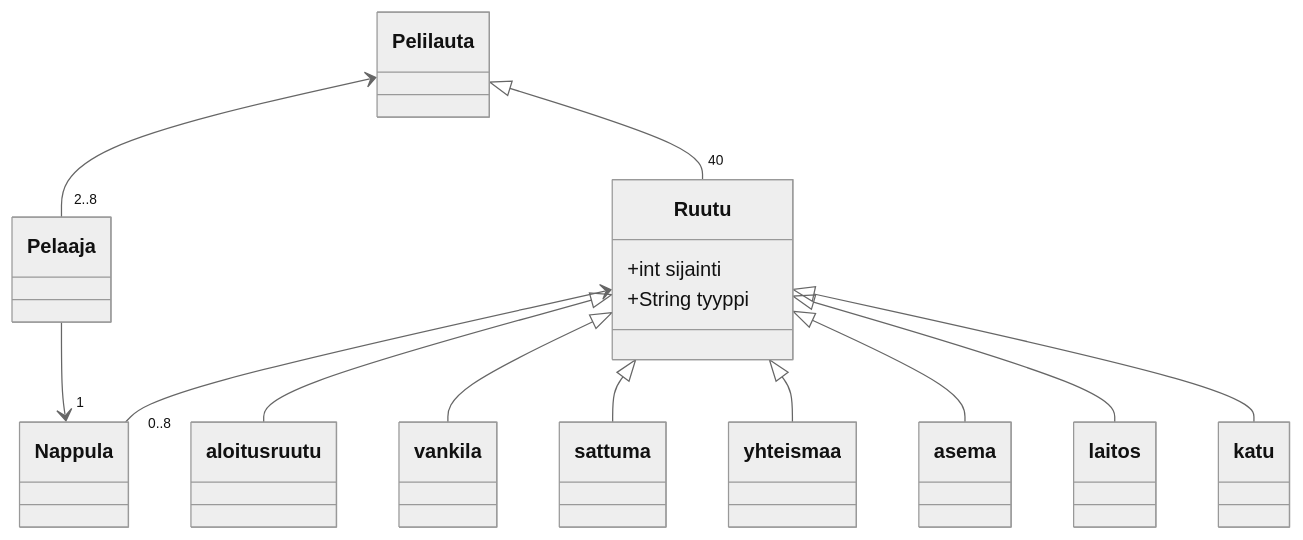
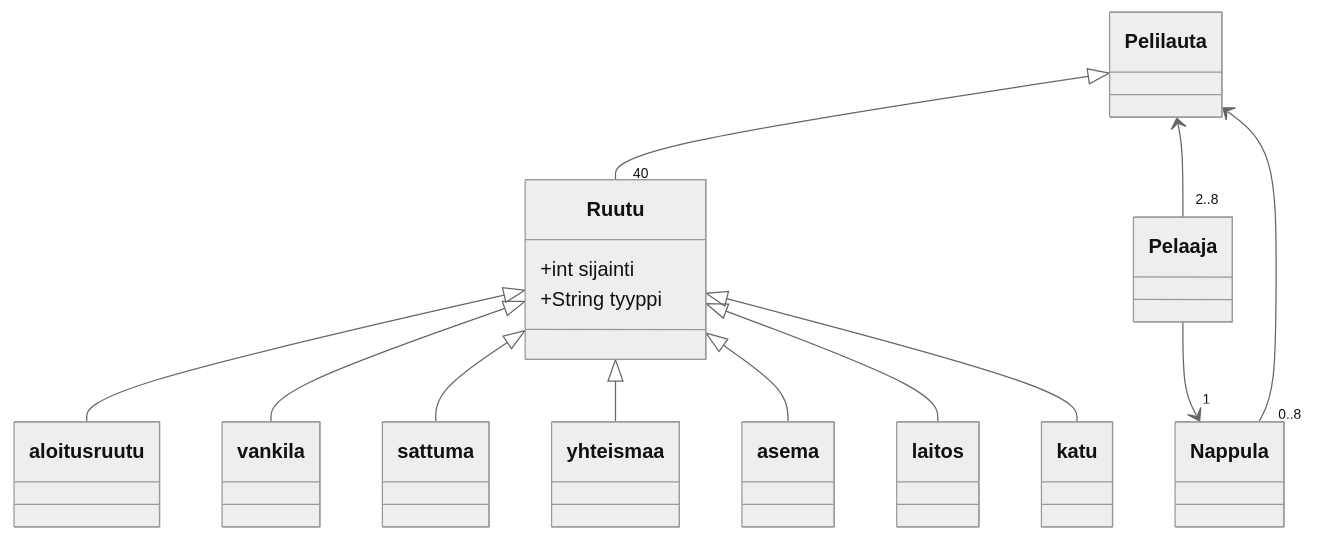
Before and after one commit to tapsamies/ot-harjoitustyo: the diagram in laskarit/viikko3/luokkkakaavio.md, drawn with Mermaid (neutral theme).

````diff
--- a/laskarit/viikko3/luokkkakaavio.md
+++ b/laskarit/viikko3/luokkkakaavio.md
@@ -1,31 +1,31 @@
 ```mermaid
 classDiagram
 	Pelilauta <|-- "40" Ruutu
 	Pelaaja --> "1" Nappula
-	Ruutu <-- "0..8" Nappula
+	Pelilauta <-- "0..8" Nappula
 	Pelilauta <-- "2..8" Pelaaja
 	Ruutu <|-- aloitusruutu
 	Ruutu <|-- vankila
 	Ruutu <|-- sattuma
 	Ruutu <|-- yhteismaa
 	Ruutu <|-- asema
 	Ruutu <|-- laitos
 	Ruutu <|-- katu
 	class Ruutu{
 		+int sijainti
 		+String tyyppi	
 	}
 	
 	
 	
 
 
 
 
 
 
 
 
 
 
 ```
````
